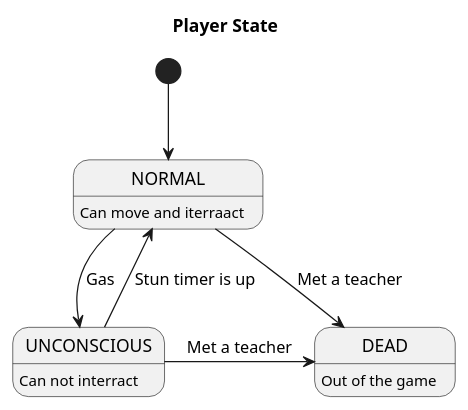
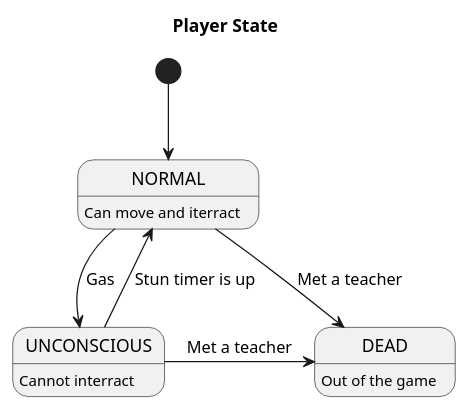
The diagram in docs/state_player.plantuml (MBakter/echo), drawn with PlantUML before and after one commit. The commit also changed 10 other files, not shown here.

Commit message:
Updated sequenceDiagrams

```diff
--- a/docs/state_player.plantuml
+++ b/docs/state_player.plantuml
@@ -1,15 +1,15 @@
 @startuml
 title Player State
 
 
     [*] --> NORMAL
 
-    NORMAL : Can move and iterraact
-    UNCONSCIOUS : Can not interract
+    NORMAL : Can move and iterract
+    UNCONSCIOUS : Cannot interract
     DEAD : Out of the game
     NORMAL -> UNCONSCIOUS : Gas
     NORMAL -> DEAD : Met a teacher
     UNCONSCIOUS -> DEAD : Met a teacher
     UNCONSCIOUS -up-> NORMAL : Stun timer is up
 
 @enduml
```
